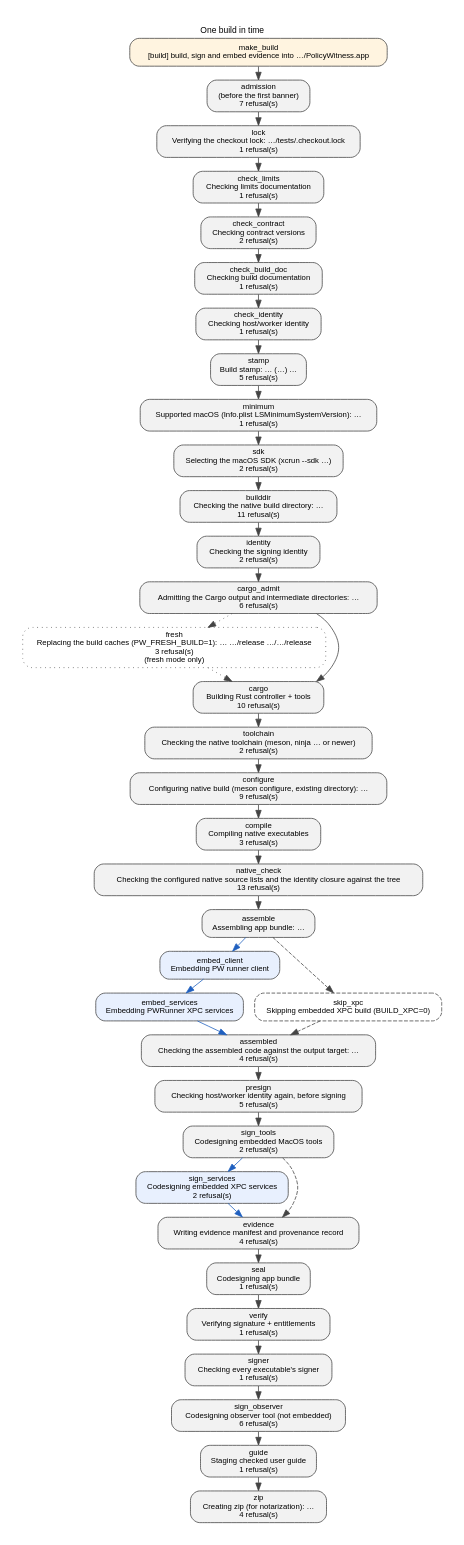
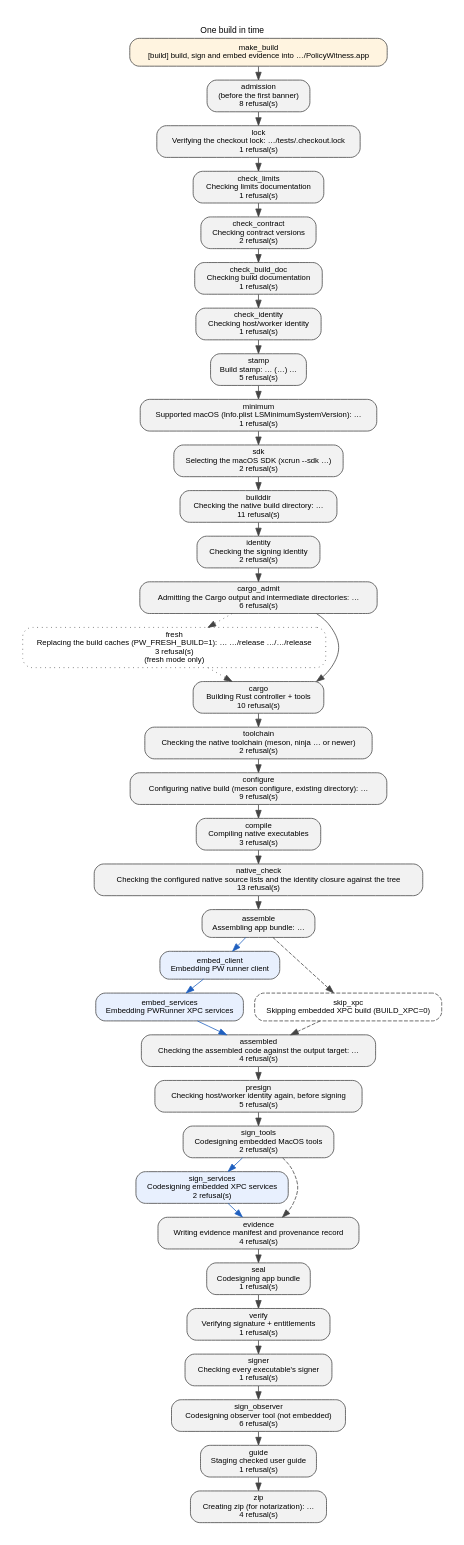
Before and after one commit to Protonk/PolicyWitness: the diagram in docs/build-steps.dot, drawn with Graphviz. The commit also changed 24 other files, not shown here.

First line of the commit message:
Guard SDK requests before developer-tool shims run

```diff
--- a/docs/build-steps.dot
+++ b/docs/build-steps.dot
@@ -2,8 +2,8 @@
     graph [rankdir=TB, bgcolor="white", fontname="Helvetica", fontsize=11, label="One build in time", labelloc=t, pad=0.3, nodesep=0.2, ranksep=0.25];
     node [fontname="Helvetica", fontsize=10, shape=box, style="rounded,filled", fillcolor="#f2f2f2", color="#444444"];
     edge [fontname="Helvetica", fontsize=9, color="#444444"];
-    make_build [label="make_build\n[build] build, sign and embed evidence into …/PolicyWitness.app", URL="BUILD.md#one-build-in-time", tooltip="make_build: reads IDENTITY, DIST_DIR and, when the caller set it, PW_FRESH_BUILD from the make command line or environment; writes nothing; runs build.sh with them", fillcolor="#fff4e0"];
-    admission [label="admission\n(before the first banner)\n7 refusal(s)", URL="BUILD.md#one-build-in-time", tooltip="admission: reads BUILD_XPC, PW_INSPECTION, PW_FRESH_BUILD and the argument list (--help prints the usage and exits before any check, after the knobs are validated); whether each tracked input the build copies exists; the developer directory xcode-select reports under DEVELOPER_DIR, whose usr/bin/python3 must be executable, resolved again by the shell front end and by the script under the owner; without a claim in the environment, the caller's SDKROOT, CPATH, LIBRARY_PATH, MANPATH and LC_CTYPE, witnessed by the shell front end's builtins, and tests/.checkout.lock, which the owner it starts directly takes before supervising the script again under it; writes the owner record in tests/.checkout.lock (pid, start time, acquisition nonce and admission socket identity) for as long as the owner and its protected children hold it; nothing else"];
+    make_build [label="make_build\n[build] build, sign and embed evidence into …/PolicyWitness.app", URL="BUILD.md#one-build-in-time", tooltip="make_build: reads IDENTITY, DIST_DIR and, when the caller set it, PW_FRESH_BUILD from the make command line or environment; every nonempty SDKROOT, inherited or supplied on the command line, is validated by sdk_guard.sh while parsing the Makefile before any recipe; writes nothing; runs build.sh with them", fillcolor="#fff4e0"];
+    admission [label="admission\n(before the first banner)\n8 refusal(s)", URL="BUILD.md#one-build-in-time", tooltip="admission: reads BUILD_XPC, PW_INSPECTION, PW_FRESH_BUILD and the argument list (--help prints the usage and exits before any check, after the knobs are validated); whether each tracked input the build copies exists; the developer directory xcode-select reports under DEVELOPER_DIR, whose usr/bin/python3 must be executable, resolved again by the shell front end and by the script under the owner; without a claim in the environment, the caller's SDKROOT, CPATH, LIBRARY_PATH, MANPATH and LC_CTYPE, witnessed by the shell front end's builtins, and tests/.checkout.lock, which the owner it starts directly takes before supervising the script again under it; every nonempty caller SDKROOT must resolve through xcrun to an existing SDK directory with a numeric version before the lock front end or any developer-tool shim starts; writes the owner record in tests/.checkout.lock (pid, start time, acquisition nonce and admission socket identity) for as long as the owner and its protected children hold it; nothing else"];
     lock [label="lock\nVerifying the checkout lock: …/tests/.checkout.lock\n1 refusal(s)", URL="BUILD.md#one-build-in-time", tooltip="lock: reads the channel's socket identity matching the acquisition record and its kernel-reported peer PID matching the acquisition owner and the owner's handoff over the channel the claim names: the held descriptor, open on this checkout's lock file, and the acquisition nonce its owner record carries; never the environment alone; writes nothing"];
     check_limits [label="check_limits\nChecking limits documentation\n1 refusal(s)", URL="BUILD.md#one-build-in-time", tooltip="check_limits: reads docs/limits.json and the documents it renders; writes nothing"];
     check_contract [label="check_contract\nChecking contract versions\n2 refusal(s)", URL="BUILD.md#one-build-in-time", tooltip="check_contract: reads docs/contract.json, docs/architecture.json and their generated copies; writes nothing"];
```
